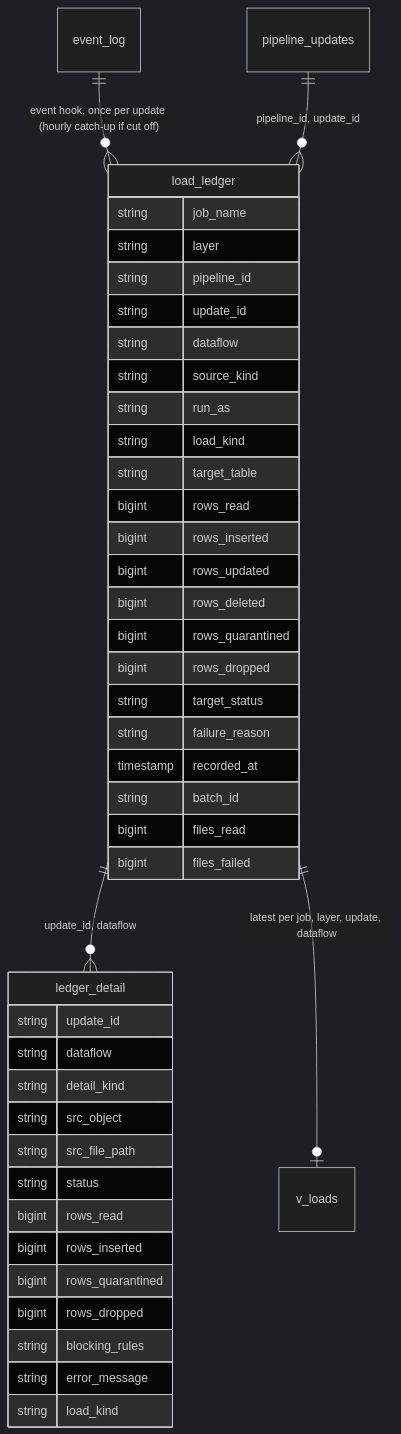
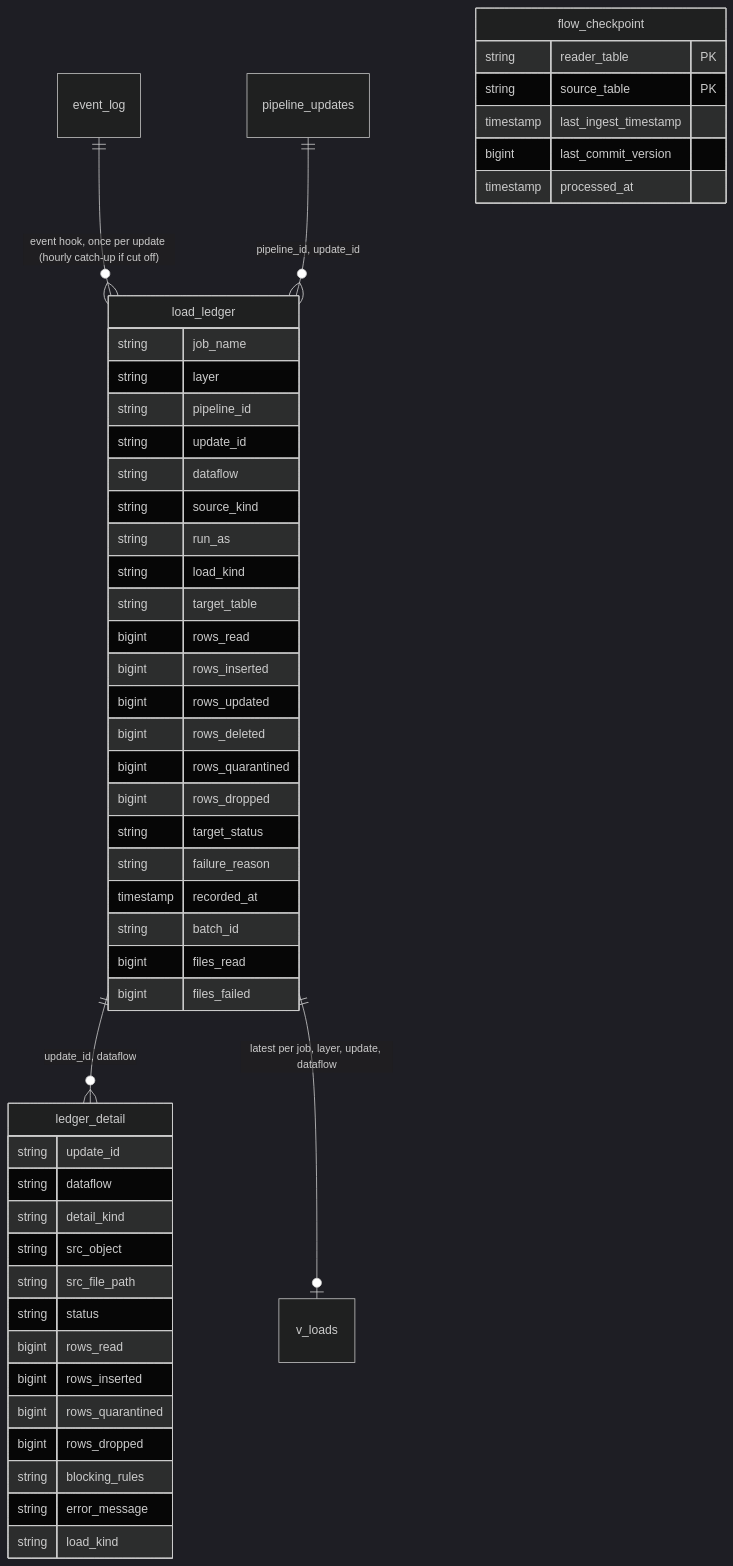
Before and after one commit to NitinKeshavB/framework: the eighth of 9 diagrams in framework_docs/ARCHITECTURE.md, drawn with Mermaid (dark theme). The commit also changed other lines of this file and 15 other files, not shown here.

````diff
--- a/framework_docs/ARCHITECTURE.md
+++ b/framework_docs/ARCHITECTURE.md
@@ -347,45 +347,52 @@
 ```mermaid
 erDiagram
   event_log ||--o{ load_ledger : "event hook, once per update (hourly catch-up if cut off)"
   load_ledger ||--o{ ledger_detail : "update_id, dataflow"
   load_ledger ||--o| v_loads : "latest per job, layer, update, dataflow"
   pipeline_updates ||--o{ load_ledger : "pipeline_id, update_id"
   load_ledger {
     string job_name
     string layer
     string pipeline_id
     string update_id
     string dataflow
     string source_kind
     string run_as
     string load_kind
     string target_table
     bigint rows_read
     bigint rows_inserted
     bigint rows_updated
     bigint rows_deleted
     bigint rows_quarantined
     bigint rows_dropped
     string target_status
     string failure_reason
     timestamp recorded_at
     string batch_id
     bigint files_read
     bigint files_failed
   }
   ledger_detail {
     string update_id
     string dataflow
     string detail_kind
     string src_object
     string src_file_path
     string status
     bigint rows_read
     bigint rows_inserted
     bigint rows_quarantined
     bigint rows_dropped
     string blocking_rules
     string error_message
     string load_kind
   }
+  flow_checkpoint {
+    string reader_table PK
+    string source_table PK
+    timestamp last_ingest_timestamp
+    bigint last_commit_version
+    timestamp processed_at
+  }
 ```
````
